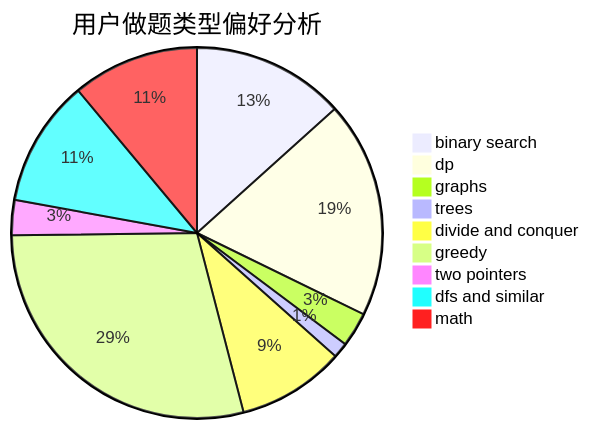
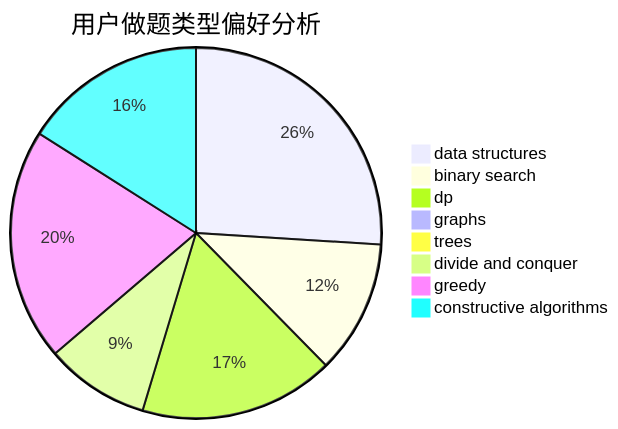
The second of 3 diagrams in docs/user/u44.md (sherpahu/cfrs.github.io), drawn with Mermaid before and after one commit. The commit also changed other lines of this file and 2775 other files, not shown here.

````diff
--- a/docs/user/u44.md
+++ b/docs/user/u44.md
@@ -23,12 +23,11 @@
 ```mermaid
 pie title 用户做题类型偏好分析
-    "binary search" :  300
-    "dp" :  425
-    "graphs" :  68
-    "trees" :  30
-    "divide and conquer" :  211
-    "greedy" :  649
-    "two pointers" :  69
-    "dfs and similar" :  249
-    "math" :  249
+    "data structures" :  598
+    "binary search" :  268
+    "dp" :  391
+    "graphs" :  8
+    "trees" :  13
+    "divide and conquer" :  209
+    "greedy" :  466
+    "constructive algorithms" :  368
 ```
````
